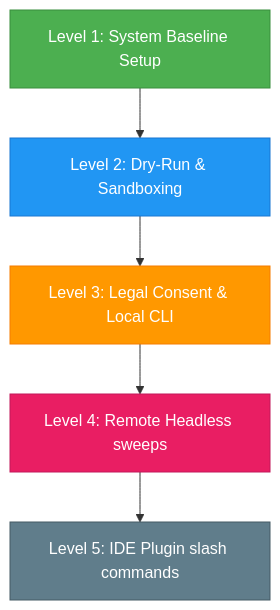
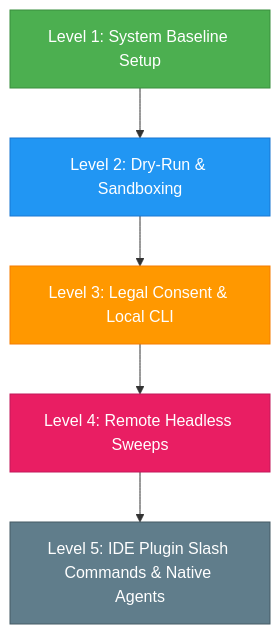
Before and after one commit to anjiera/repo-wizard: the diagram in tests/manual/master-test-plan.md, drawn with Mermaid. The commit also changed other lines of this file, not shown here.

````diff
--- a/tests/manual/master-test-plan.md
+++ b/tests/manual/master-test-plan.md
@@ -13,13 +13,13 @@
 ```mermaid
 graph TD
     L1[Level 1: System Baseline Setup] --> L2[Level 2: Dry-Run & Sandboxing]
     L2 --> L3[Level 3: Legal Consent & Local CLI]
-    L3 --> L4[Level 4: Remote Headless sweeps]
-    L4 --> L5[Level 5: IDE Plugin slash commands]
+    L3 --> L4[Level 4: Remote Headless Sweeps]
+    L4 --> L5[Level 5: IDE Plugin Slash Commands & Native Agents]
     
     style L1 fill:#4CAF50,stroke:#388E3C,color:#fff
     style L2 fill:#2196F3,stroke:#1976D2,color:#fff
     style L3 fill:#FF9800,stroke:#F57C00,color:#fff
     style L4 fill:#E91E63,stroke:#C2185B,color:#fff
     style L5 fill:#607D8B,stroke:#455A64,color:#fff
 ```
````
